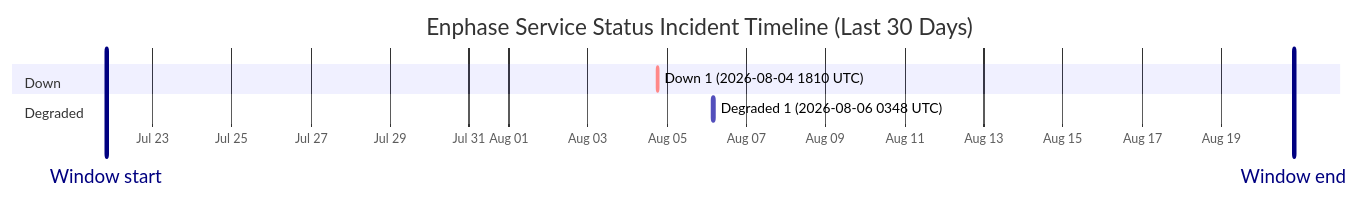
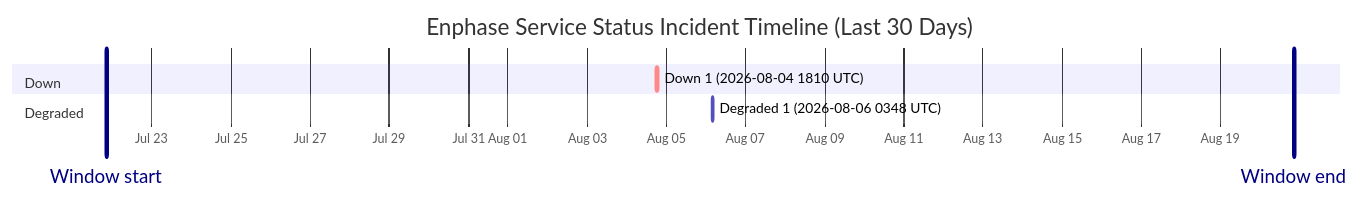
One commit to barneyonline/ha-enphase-energy changed the diagram in wiki/Service-Status-History.md. Above: the diagram before and after it, drawn with Mermaid. The commit also changed other lines of this file and 3 other files, not shown here.

````diff
--- a/wiki/Service-Status-History.md
+++ b/wiki/Service-Status-History.md
@@ -14,12 +14,12 @@
 ```mermaid
 gantt
     title Enphase Service Status Incident Timeline (Last 30 Days)
     dateFormat  YYYY-MM-DDTHH:mm:ss
     axisFormat  %b %d
-    Window start :vert, window-start, 2026-07-21T19:56:48, 0ms
-    Window end :vert, window-end, 2026-08-20T19:56:48, 0ms
+    Window start :vert, window-start, 2026-07-21T20:30:39, 0ms
+    Window end :vert, window-end, 2026-08-20T20:30:39, 0ms
     section Down
     Down 1 (2026-08-04 1810 UTC) :crit, down-1, 2026-08-04T18:10:46, 60m
     section Degraded
     Degraded 1 (2026-08-06 0348 UTC) :active, degraded-1, 2026-08-06T03:48:14, 60m
 ```
````
